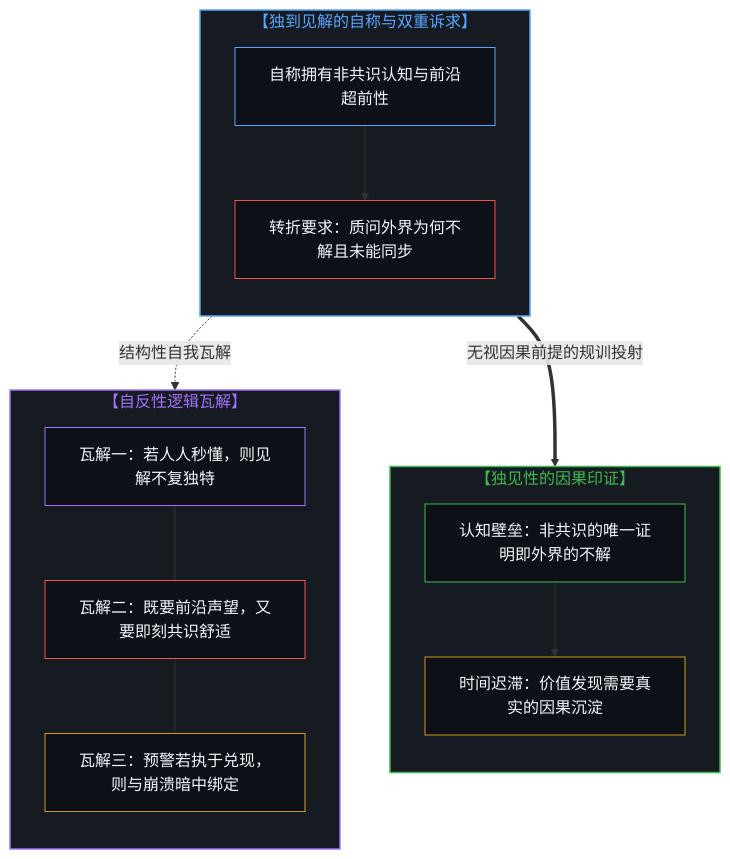
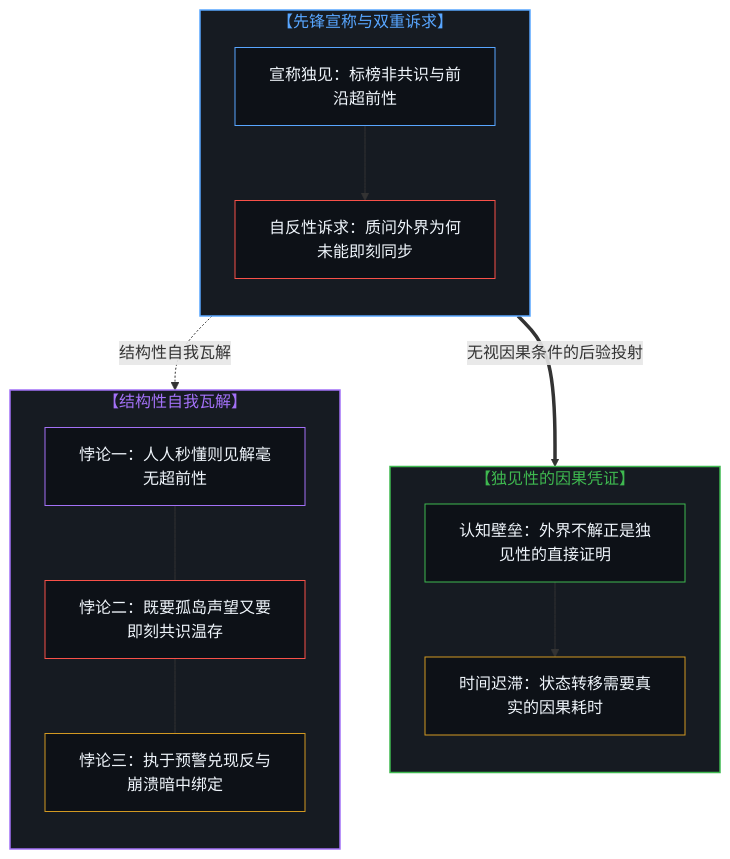
One commit to powerpig99/not-a-toe changed the third of 4 diagrams in content/posts/the-reflexive-dilemma-of-unique-insight.md. Above: the diagram before and after it, drawn with Mermaid. The commit also changed other lines of this file and 3 other files, not shown here.

Commit message:
Refine Post #389: Tighten density with scientific discovery, nuance on coordination friction, inverse prophet mirror, and aligned flowcharts

````diff
--- a/content/posts/the-reflexive-dilemma-of-unique-insight.md
+++ b/content/posts/the-reflexive-dilemma-of-unique-insight.md
@@ -91,38 +95,38 @@
 ```mermaid
 flowchart TD
-  subgraph S_CLAIM["【独到见解的自称与双重诉求】"]
+  subgraph S_CLAIM["【先锋宣称与双重诉求】"]
     direction TB
-    C_ALPHA["自称拥有非共识认知与前沿超前性"]
-    C_DEMAND["转折要求：质问外界为何不解且未能同步"]
+    C_ALPHA["宣称独见：标榜非共识与前沿超前性"]
+    C_DEMAND["自反性诉求：质问外界为何未能即刻同步"]
     C_ALPHA --> C_DEMAND
   end
 
-  subgraph S_PROOF["【独见性的因果印证】"]
+  subgraph S_PROOF["【独见性的因果凭证】"]
     direction TB
-    R_GAP["认知壁垒：非共识的唯一证明即外界的不解"]
-    R_TIME["时间迟滞：价值发现需要真实的因果沉淀"]
+    R_GAP["认知壁垒：外界不解正是独见性的直接证明"]
+    R_TIME["时间迟滞：状态转移需要真实的因果耗时"]
     R_GAP --> R_TIME
   end
 
-  subgraph S_PARADOX["【自反性逻辑瓦解】"]
+  subgraph S_PARADOX["【结构性自我瓦解】"]
     direction TB
-    X_COLLAPSE["瓦解一：若人人秒懂，则见解不复独特"]
-    X_ABSURD["瓦解二：既要前沿声望，又要即刻共识舒适"]
-    X_PROPHET["瓦解三：预警若执于兑现，则与崩溃暗中绑定"]
+    X_COLLAPSE["悖论一：人人秒懂则见解毫无超前性"]
+    X_ABSURD["悖论二：既要孤岛声望又要即刻共识温存"]
+    X_PROPHET["悖论三：执于预警兑现反与崩溃暗中绑定"]
     X_COLLAPSE --- X_ABSURD --- X_PROPHET
   end
 
-  C_DEMAND ==>|"无视因果前提的规训投射"| R_TIME
+  C_DEMAND ==>|"无视因果条件的后验投射"| R_TIME
   C_DEMAND -.->|"结构性自我瓦解"| S_PARADOX
 
   style S_CLAIM fill:#161b22,stroke:#58a6ff,stroke-width:1.5px,color:#58a6ff
   style S_PROOF fill:#161b22,stroke:#3fb950,stroke-width:1.5px,color:#3fb950
   style S_PARADOX fill:#161b22,stroke:#a371f7,stroke-width:1.5px,color:#a371f7
   style C_ALPHA fill:#0d1117,stroke:#58a6ff,stroke-width:1px,color:#f0f6fc
   style C_DEMAND fill:#0d1117,stroke:#f85149,stroke-width:1px,color:#f0f6fc
   style R_GAP fill:#0d1117,stroke:#3fb950,stroke-width:1px,color:#f0f6fc
   style R_TIME fill:#0d1117,stroke:#d29922,stroke-width:1px,color:#f0f6fc
   style X_COLLAPSE fill:#0d1117,stroke:#a371f7,stroke-width:1px,color:#f0f6fc
   style X_ABSURD fill:#0d1117,stroke:#f85149,stroke-width:1px,color:#f0f6fc
   style X_PROPHET fill:#0d1117,stroke:#d29922,stroke-width:1px,color:#f0f6fc
 ```
````
